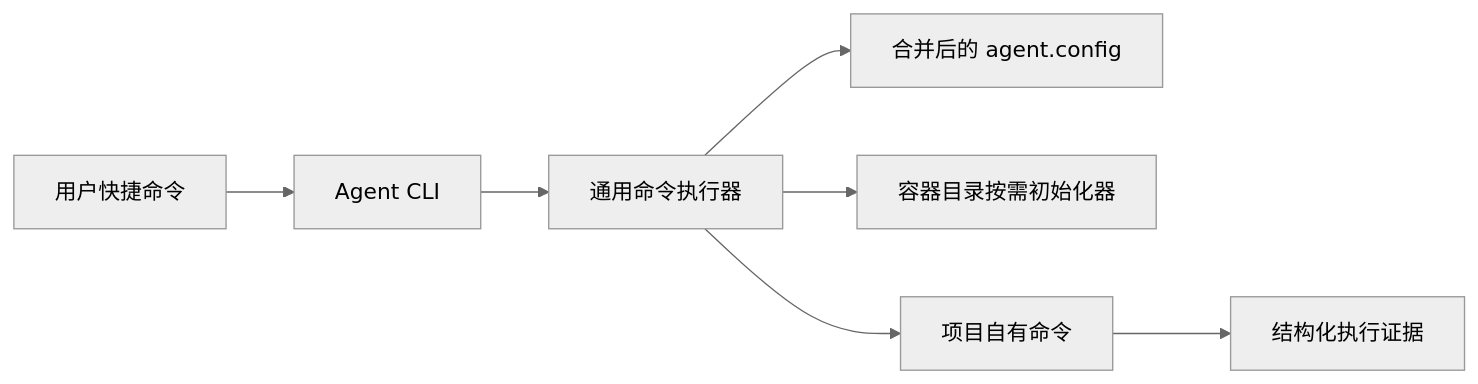
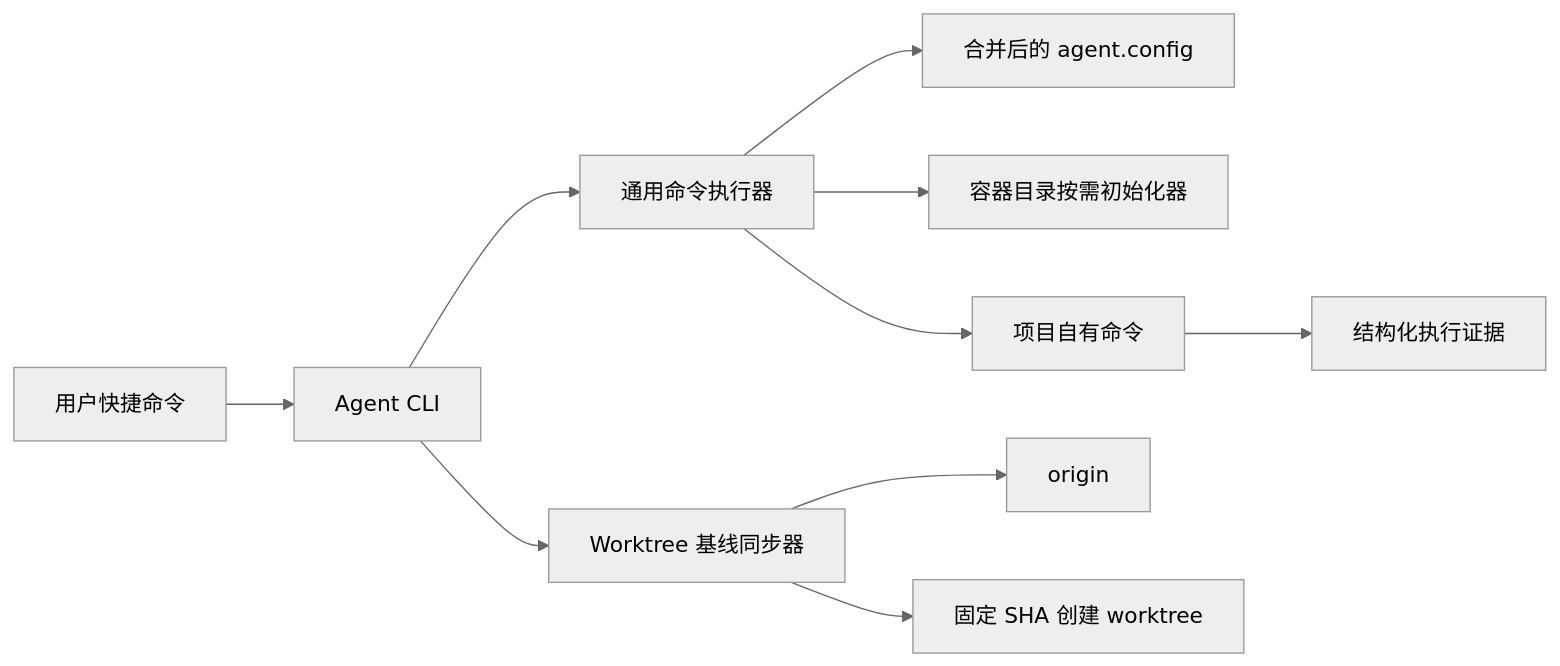
One commit to hollisyao2024/PromptsEngineering changed the first of 2 diagrams in docs/ARCH.md. Above: the diagram before and after it, drawn with Mermaid (neutral theme). The commit also changed other lines of this file and 20 other files, not shown here.

````diff
--- a/docs/ARCH.md
+++ b/docs/ARCH.md
@@ -22,9 +22,12 @@
 ```mermaid
 flowchart LR
   U[用户快捷命令] --> A[Agent CLI]
   A --> D[通用命令执行器]
   D --> C[合并后的 agent.config]
   D --> I[容器目录按需初始化器]
   D --> P[项目自有命令]
   P --> E[结构化执行证据]
+  A --> W[Worktree 基线同步器]
+  W --> O[origin]
+  W --> G[固定 SHA 创建 worktree]
 ```
````
